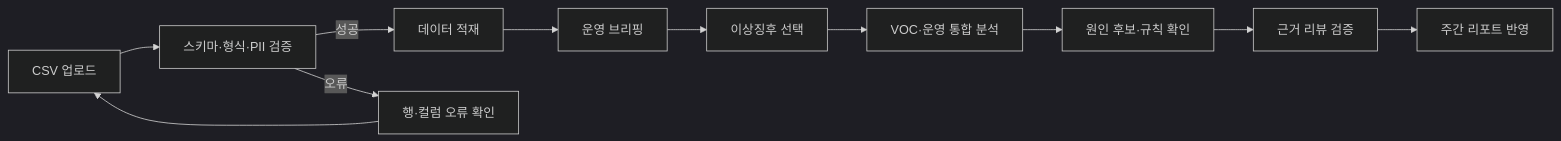
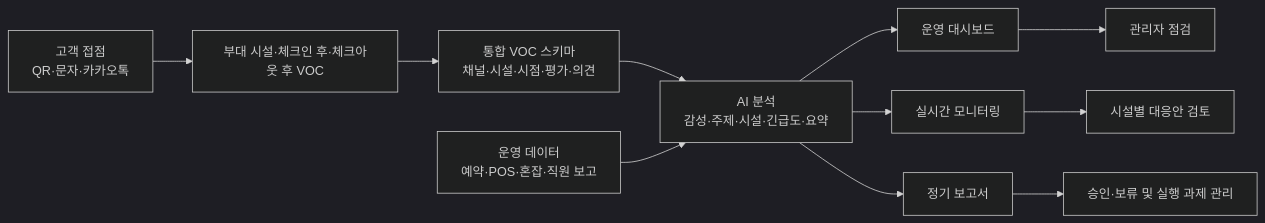
Before and after one commit to hijun318-eng/skn29_final_3team: the diagram in docs/markdown/05_화면설계서_초안.md, drawn with Mermaid (dark theme). The commit also changed other lines of this file and 52 other files, not shown here.

Commit message:
feat(frontend): 호텔 VOC 운영 목업과 AI 이슈 브리핑 구현

````diff
--- a/docs/markdown/05_화면설계서_초안.md
+++ b/docs/markdown/05_화면설계서_초안.md
@@ -440,13 +117,13 @@
 ```mermaid
 flowchart LR
-    A["CSV 업로드"] --> B["스키마·형식·PII 검증"]
-    B -->|성공| C["데이터 적재"]
-    B -->|오류| B1["행·컬럼 오류 확인"]
-    B1 --> A
-    C --> D["운영 브리핑"]
-    D --> E["이상징후 선택"]
-    E --> F["VOC·운영 통합 분석"]
-    F --> G["원인 후보·규칙 확인"]
-    G --> H["근거 리뷰 검증"]
-    H --> I["주간 리포트 반영"]
+  A["고객 접점<br/>QR·문자·카카오톡"] --> B["부대 시설·체크인 후·체크아웃 후 VOC"]
+  B --> C["통합 VOC 스키마<br/>채널·시설·시점·평가·의견"]
+  C --> D["AI 분석<br/>감성·주제·시설·긴급도·요약"]
+  E["운영 데이터<br/>예약·POS·혼잡·직원 보고"] --> D
+  D --> F["운영 대시보드"]
+  D --> G["실시간 모니터링"]
+  D --> H["정기 보고서"]
+  F --> I["관리자 점검"]
+  G --> J["시설별 대응안 검토"]
+  H --> K["승인·보류 및 실행 과제 관리"]
 ```
````
